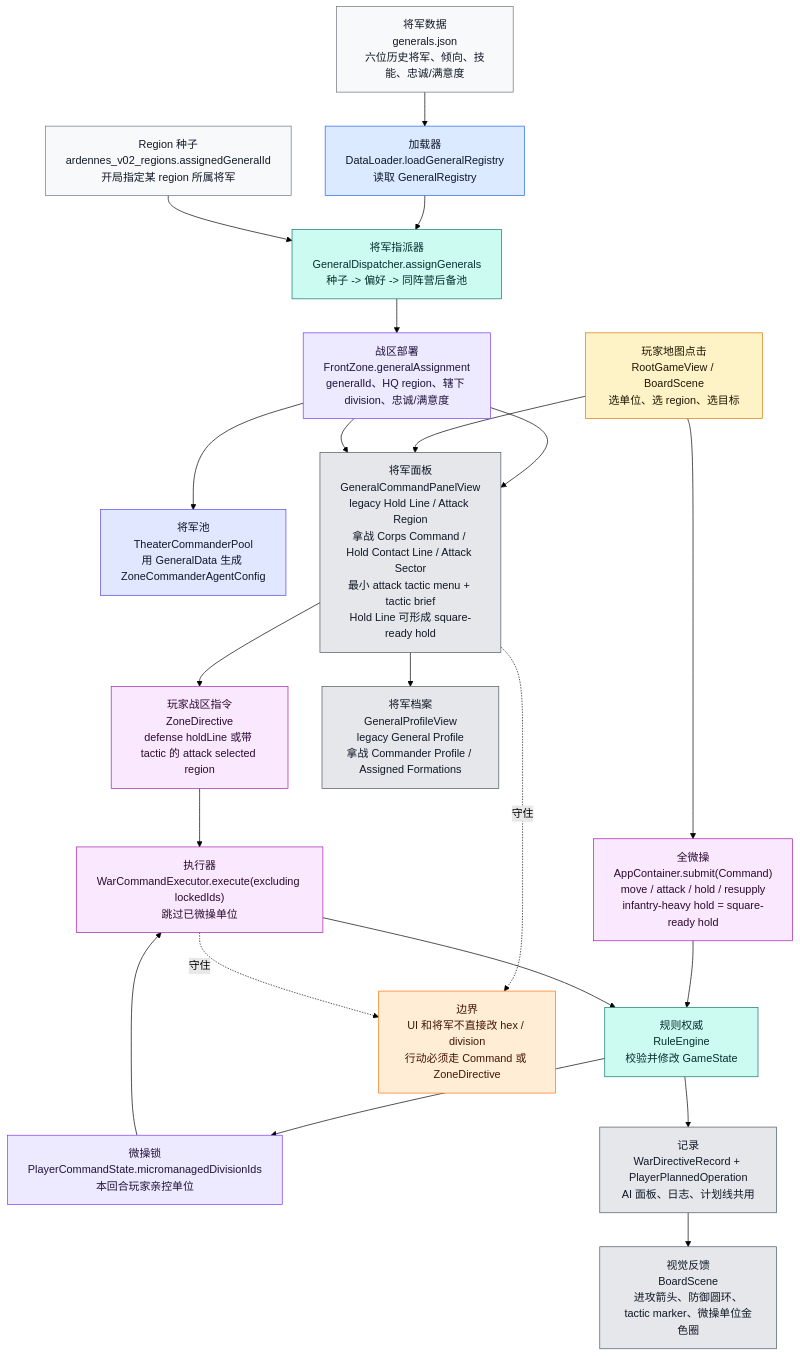
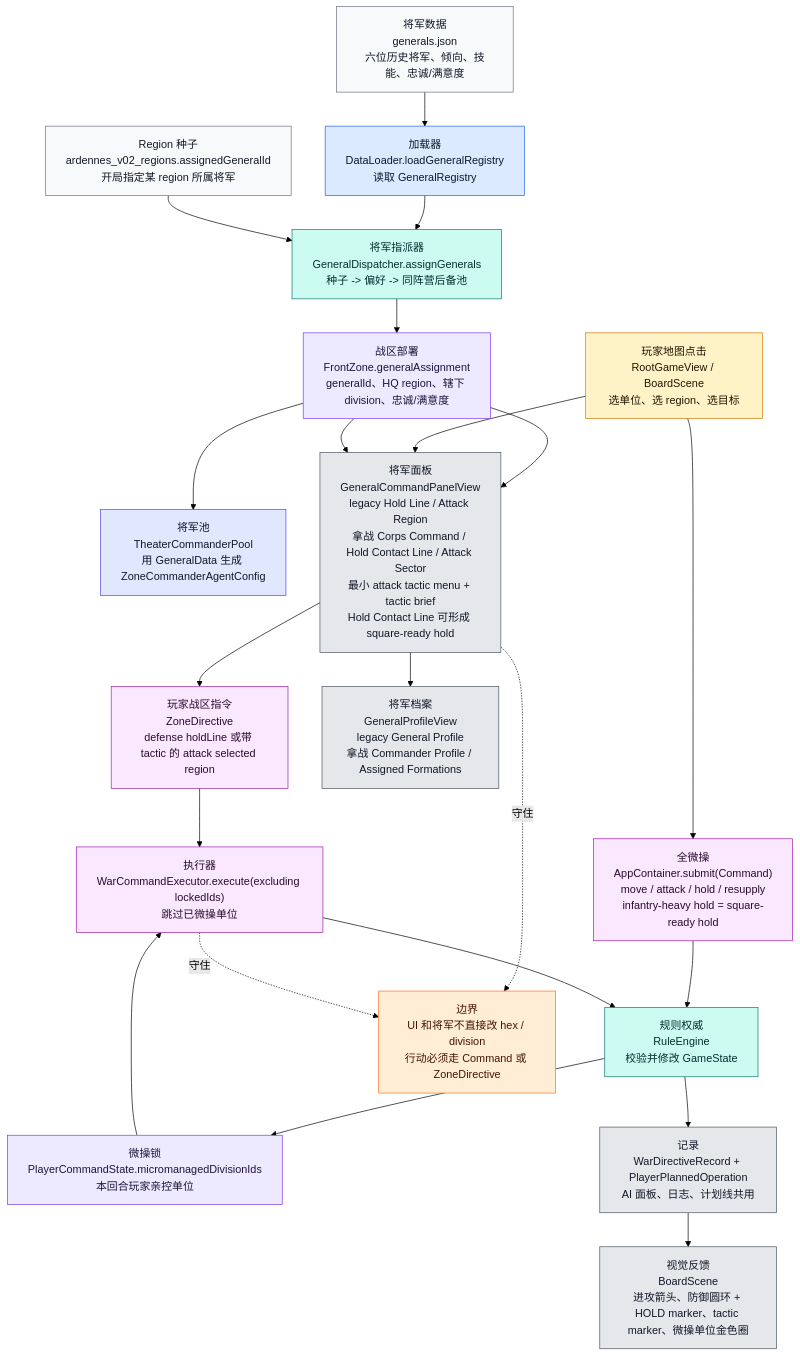
Before and after one commit to Altman-sam114/122: the ninth of 9 diagrams in md/flow/flowchart.md, drawn with Mermaid (forest theme). The commit also changed other lines of this file and 8 other files, not shown here.

Commit message:
feat: clarify square hold orders

````diff
--- a/md/flow/flowchart.md
+++ b/md/flow/flowchart.md
@@ -469,42 +469,42 @@
 ```mermaid
 flowchart TD
     GJSON["将军数据<br/>generals.json<br/>六位历史将军、倾向、技能、忠诚/满意度"]:::data
     RJSON["Region 种子<br/>ardennes_v02_regions.assignedGeneralId<br/>开局指定某 region 所属将军"]:::data
     DL["加载器<br/>DataLoader.loadGeneralRegistry<br/>读取 GeneralRegistry"]:::loader
     DISP["将军指派器<br/>GeneralDispatcher.assignGenerals<br/>种子 -> 偏好 -> 同阵营后备池"]:::rules
     FZ["战区部署<br/>FrontZone.generalAssignment<br/>generalId、HQ region、辖下 division、忠诚/满意度"]:::state
     POOL["将军池<br/>TheaterCommanderPool<br/>用 GeneralData 生成 ZoneCommanderAgentConfig"]:::ai
 
     TAP["玩家地图点击<br/>RootGameView / BoardScene<br/>选单位、选 region、选目标"]:::input
     MICRO["全微操<br/>AppContainer.submit(Command)<br/>move / attack / hold / resupply<br/>infantry-heavy hold = square-ready hold"]:::command
     LOCK["微操锁<br/>PlayerCommandState.micromanagedDivisionIds<br/>本回合玩家亲控单位"]:::state
-    GENUI["将军面板<br/>GeneralCommandPanelView<br/>legacy Hold Line / Attack Region<br/>拿战 Corps Command / Hold Contact Line / Attack Sector<br/>最小 attack tactic menu + tactic brief<br/>Hold Line 可形成 square-ready hold"]:::ui
+    GENUI["将军面板<br/>GeneralCommandPanelView<br/>legacy Hold Line / Attack Region<br/>拿战 Corps Command / Hold Contact Line / Attack Sector<br/>最小 attack tactic menu + tactic brief<br/>Hold Contact Line 可形成 square-ready hold"]:::ui
     ZD["玩家战区指令<br/>ZoneDirective<br/>defense holdLine 或带 tactic 的 attack selected region"]:::command
     WCE["执行器<br/>WarCommandExecutor.execute(excluding lockedIds)<br/>跳过已微操单位"]:::command
     RE["规则权威<br/>RuleEngine<br/>校验并修改 GameState"]:::rules
     RECORD["记录<br/>WarDirectiveRecord + PlayerPlannedOperation<br/>AI 面板、日志、计划线共用"]:::ui
-    BOARD["视觉反馈<br/>BoardScene<br/>进攻箭头、防御圆环、tactic marker、微操单位金色圈"]:::ui
+    BOARD["视觉反馈<br/>BoardScene<br/>进攻箭头、防御圆环 + HOLD marker、tactic marker、微操单位金色圈"]:::ui
     PROFILE["将军档案<br/>GeneralProfileView<br/>legacy General Profile<br/>拿战 Commander Profile / Assigned Formations"]:::ui
 
     GJSON --> DL --> DISP
     RJSON --> DISP --> FZ --> POOL
     FZ --> GENUI --> PROFILE
     TAP --> MICRO --> RE --> LOCK
     LOCK --> WCE
     TAP --> GENUI --> ZD --> WCE --> RE --> RECORD --> BOARD
     FZ --> GENUI
 
     WARN["边界<br/>UI 和将军不直接改 hex / division<br/>行动必须走 Command 或 ZoneDirective"]:::warn
     GENUI -.守住.-> WARN
     WCE -.守住.-> WARN
 
     classDef data fill:#f8f9fb,stroke:#6b7280,color:#111827
     classDef loader fill:#dbeafe,stroke:#2563eb,color:#0f172a
     classDef state fill:#ede9fe,stroke:#7c3aed,color:#1f143d
     classDef ai fill:#e0e7ff,stroke:#4f46e5,color:#111827
     classDef input fill:#fef3c7,stroke:#d97706,color:#1f1600
     classDef command fill:#fae8ff,stroke:#a21caf,color:#2a0a2f
     classDef rules fill:#ccfbf1,stroke:#0f766e,color:#042f2e
     classDef ui fill:#e5e7eb,stroke:#4b5563,color:#111827
     classDef warn fill:#ffedd5,stroke:#f97316,color:#431407
 ```
````
